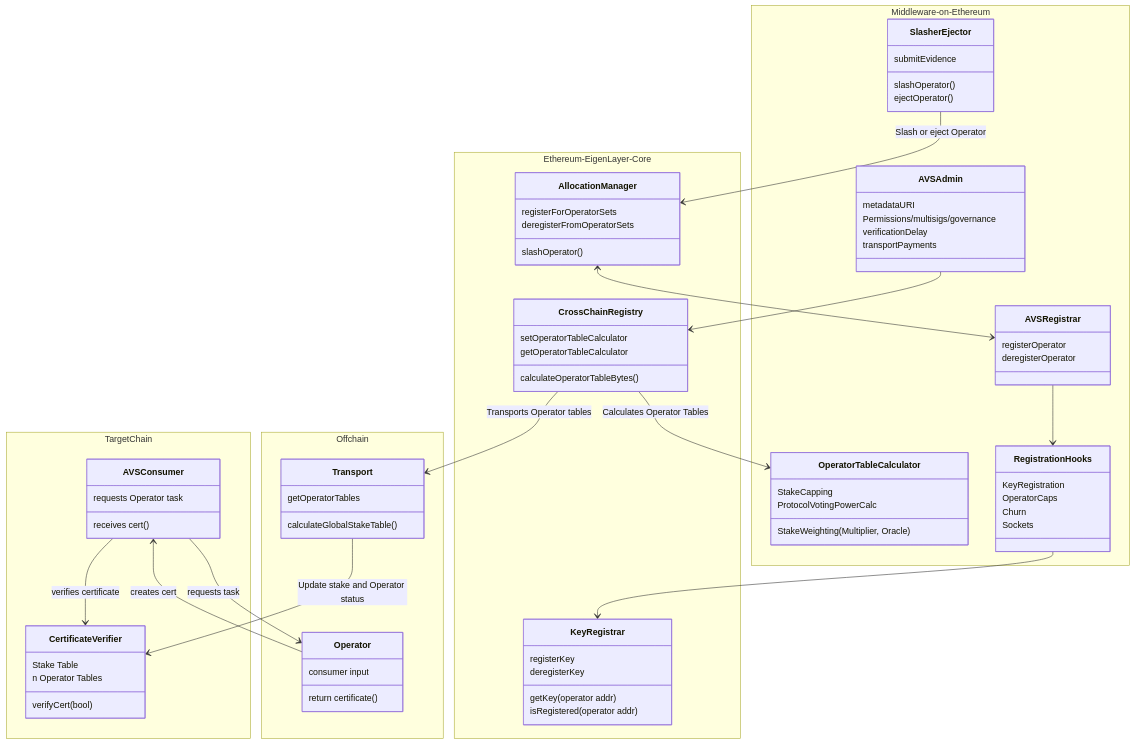
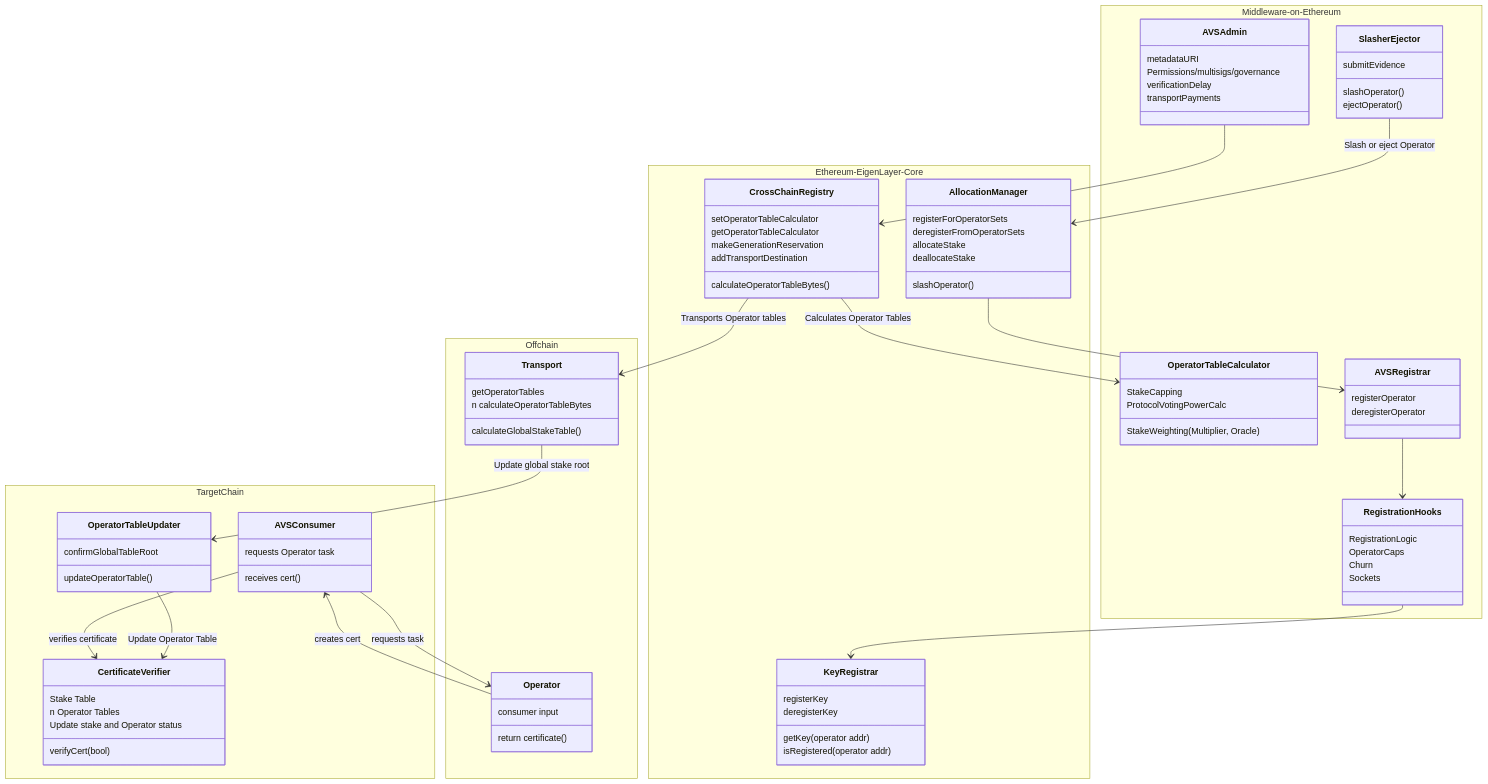
One commit to eigenfoundation/ELIPs changed the second of 2 diagrams in ELIPs/ELIP-008.md. Above: the diagram before and after it, drawn with Mermaid. The commit also changed other lines of this file, not shown here.

Commit message:
update diagram

```diff
--- a/ELIPs/ELIP-008.md
+++ b/ELIPs/ELIP-008.md
@@ -155,7 +155,7 @@
       ejectOperator ()
     }
     class RegistrationHooks{
-        KeyRegistration
+        RegistrationLogic
         OperatorCaps
         Churn
         Sockets
@@ -165,6 +165,8 @@
     class AllocationManager {
       registerForOperatorSets
       deregisterFromOperatorSets
+      allocateStake
+      deallocateStake
       slashOperator()
     }
     class KeyRegistrar{
@@ -176,6 +178,8 @@
     class CrossChainRegistry{
       setOperatorTableCalculator
       getOperatorTableCalculator
+      makeGenerationReservation
+      addTransportDestination
       calculateOperatorTableBytes()
   }
 }
@@ -183,6 +187,10 @@
     class AVSConsumer{
       requests Operator task 
       receives cert ()
+    }
+    class OperatorTableUpdater{
+        confirmGlobalTableRoot
+        updateOperatorTable()
     }
     class CertificateVerifier{
       Stake Table
@@ -198,17 +206,20 @@
  }
  class Transport{
     getOperatorTables
+    n calculateOperatorTableBytes
     calculateGlobalStakeTable()
   }
 }
-AllocationManager <--> AVSRegistrar
+AllocationManager --> AVSRegistrar
 AVSAdmin --> CrossChainRegistry
 CrossChainRegistry --> OperatorTableCalculator : Calculates Operator Tables
 AVSRegistrar --> RegistrationHooks
 RegistrationHooks --> KeyRegistrar
 SlasherEjector --> AllocationManager : Slash or eject Operator 
 CrossChainRegistry --> Transport : Transports Operator tables
-Transport --> CertificateVerifier : Update stake and Operator status
+Transport --> OperatorTableUpdater: Update global stake root 
+OperatorTableUpdater --> CertificateVerifier: Update Operator Table
+CertificateVerifier : Update stake and Operator status
 AVSConsumer --> Operator : requests task
 Operator --> AVSConsumer: creates cert
 AVSConsumer --> CertificateVerifier : verifies certificate
```
